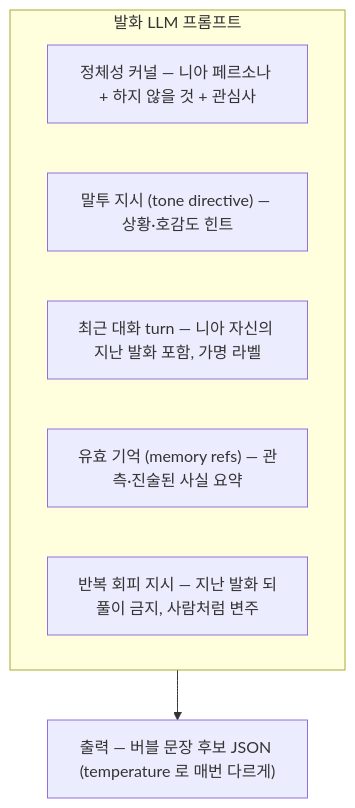
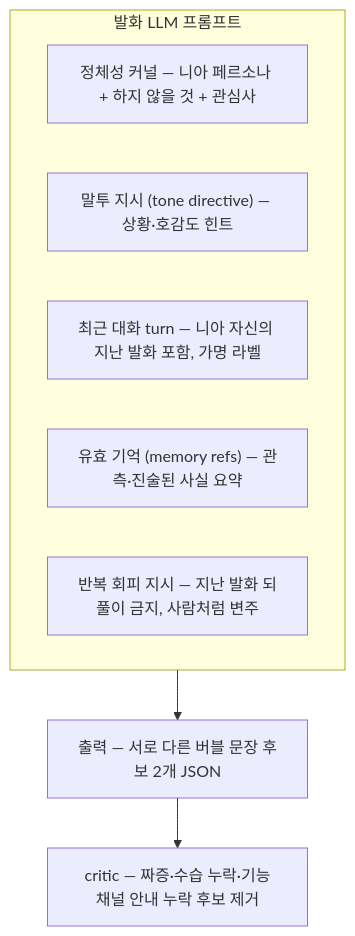
The third of 5 diagrams in docs/nexa/NIA_PIPELINE.md (Hyeonjun0527/discord-ai-network-bot), drawn with Mermaid before and after one commit. The commit also changed other lines of this file and 1 other file, not shown here.

````diff
--- a/docs/nexa/NIA_PIPELINE.md
+++ b/docs/nexa/NIA_PIPELINE.md
@@ -60,11 +60,12 @@
 ```mermaid
 flowchart TD
     subgraph SIN["발화 LLM 프롬프트"]
         P["정체성 커널 — 니아 페르소나 + 하지 않을 것 + 관심사"]
         T["말투 지시 (tone directive) — 상황·호감도 힌트"]
         Q["최근 대화 turn — 니아 자신의 지난 발화 포함, 가명 라벨"]
         R2["유효 기억 (memory refs) — 관측·진술된 사실 요약"]
         RULE["반복 회피 지시 — 지난 발화 되풀이 금지, 사람처럼 변주"]
     end
-    SIN --> GEN["출력 — 버블 문장 후보 JSON (temperature 로 매번 다르게)"]
+    SIN --> GEN["출력 — 서로 다른 버블 문장 후보 2개 JSON"]
+    GEN --> CRITIC["critic — 짜증·수습 누락·기능채널 안내 누락 후보 제거"]
 ```
````
